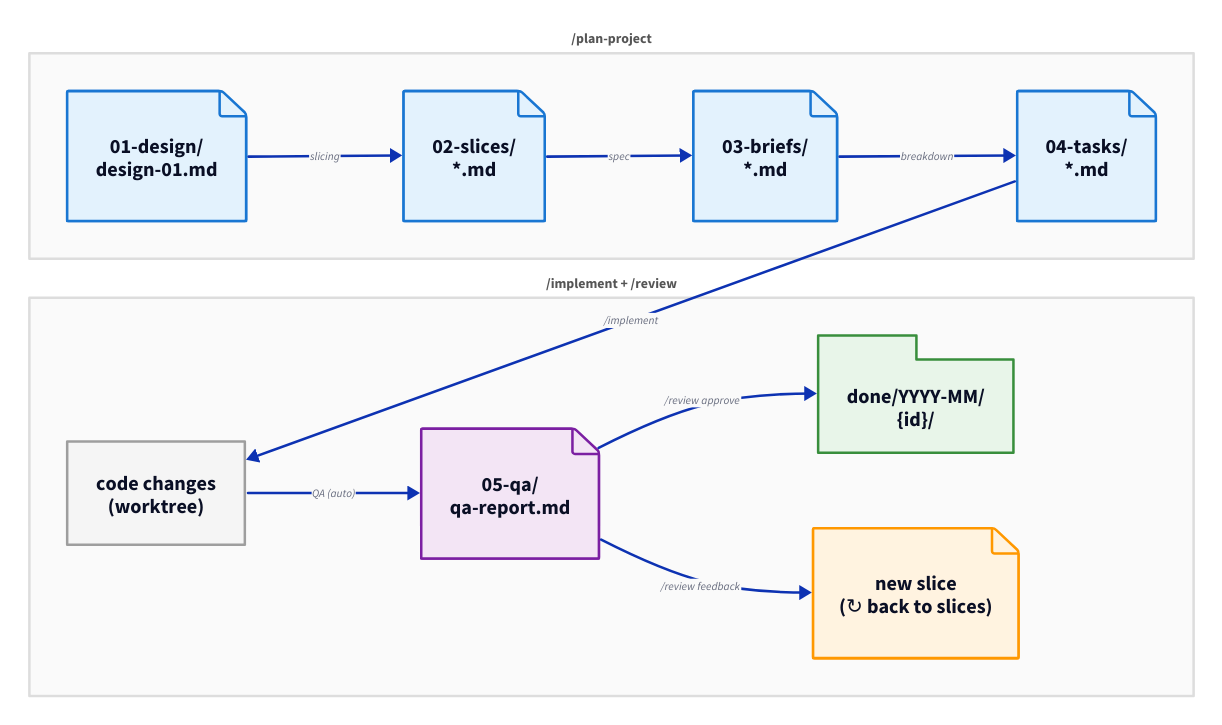
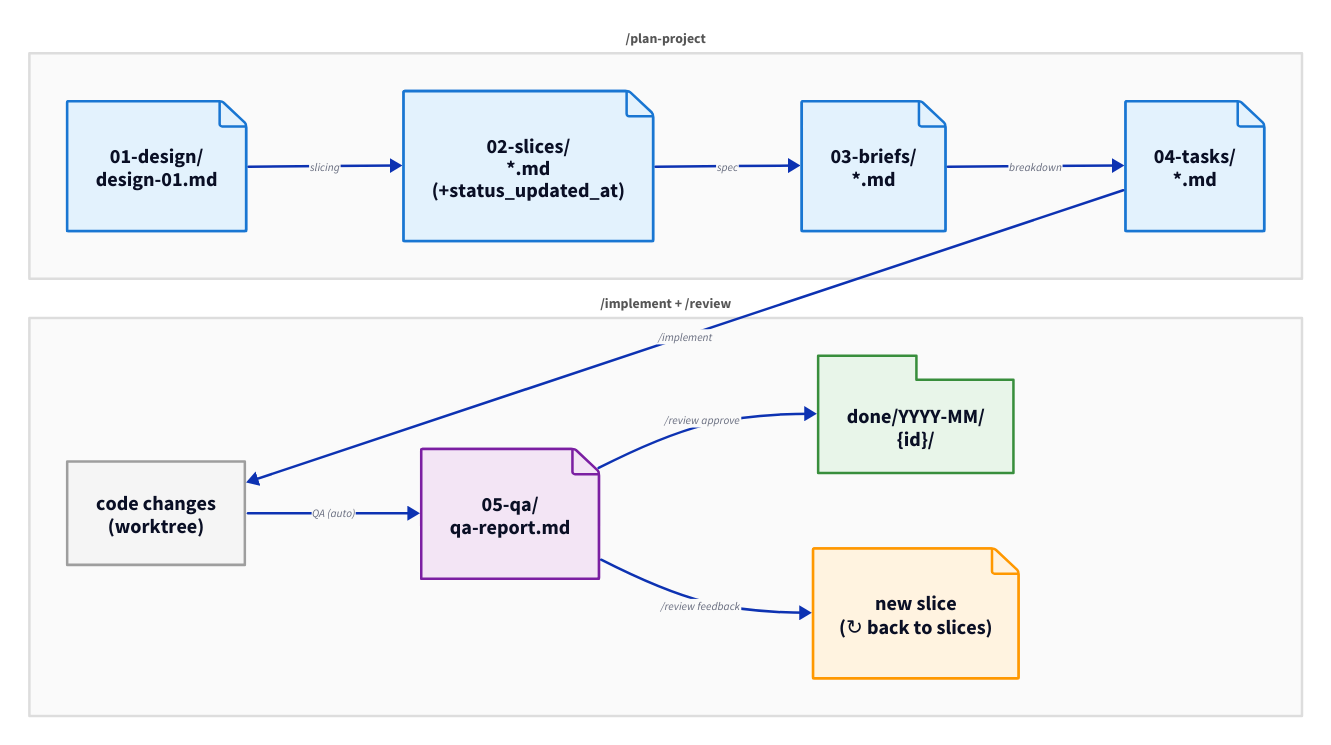
The diagram in docs/diagrams/artifacts.d2 (bcokert/command-init-orchestrator), drawn with D2 before and after one commit. The commit also changed 45 other files, not shown here.

Commit message:
Slices 01-04 complete — bcokert-00002-status-per-slice-view

```diff
--- a/docs/diagrams/artifacts.d2
+++ b/docs/diagrams/artifacts.d2
@@ -1,109 +1,109 @@
 vars: {
   d2-config: {
     layout-engine: dagre
     pad: 0
   }
   colors: {
     design: "#e3f2fd"
     design-border: "#1976D2"
     impl: "#f5f5f5"
     impl-border: "#9e9e9e"
     qa: "#f3e5f5"
     qa-border: "#7B1FA2"
     archive: "#e8f5e9"
     archive-border: "#388E3C"
     feedback: "#fff3e0"
     feedback-border: "#FF9800"
     lc: "#555555"
   }
 }
 
 grid: "" {
   grid-rows: 2
   grid-gap: 12
   style.stroke: transparent
   style.fill: transparent
 
   row1: /plan-project {
     direction: right
     style.fill: "#fafafa"
     style.stroke: "#dddddd"
     style.font-size: 11
     style.bold: true
     style.font-color: ${colors.lc}
 
     d_doc: "01-design/\ndesign-01.md" {
       shape: page
       style.fill: ${colors.design}
       style.stroke: ${colors.design-border}
     }
-    slices: "02-slices/\n*.md" {
+    slices: "02-slices/\n*.md\n(+status_updated_at)" {
       shape: page
       style.fill: ${colors.design}
       style.stroke: ${colors.design-border}
     }
     brief: "03-briefs/\n*.md" {
       shape: page
       style.fill: ${colors.design}
       style.stroke: ${colors.design-border}
     }
     tasks: "04-tasks/\n*.md" {
       shape: page
       style.fill: ${colors.design}
       style.stroke: ${colors.design-border}
     }
 
     d_doc -> slices: slicing {
       style.font-size: 9
     }
     slices -> brief: spec {
       style.font-size: 9
     }
     brief -> tasks: breakdown {
       style.font-size: 9
     }
   }
 
   row2: "/implement + /review" {
     direction: right
     style.fill: "#fafafa"
     style.stroke: "#dddddd"
     style.font-size: 11
     style.bold: true
     style.font-color: ${colors.lc}
 
     code: "code changes\n(worktree)" {
       style.fill: ${colors.impl}
       style.stroke: ${colors.impl-border}
     }
     qa_report: "05-qa/\nqa-report.md" {
       shape: page
       style.fill: ${colors.qa}
       style.stroke: ${colors.qa-border}
     }
     archive: "done/YYYY-MM/\n{id}/" {
       shape: package
       style.fill: ${colors.archive}
       style.stroke: ${colors.archive-border}
     }
     new_slice: "new slice\n(↻ back to slices)" {
       shape: page
       style.fill: ${colors.feedback}
       style.stroke: ${colors.feedback-border}
     }
 
     code -> qa_report: "QA (auto)" {
       style.font-size: 9
     }
     qa_report -> archive: "/review approve" {
       style.font-size: 9
     }
     qa_report -> new_slice: "/review feedback" {
       style.font-size: 9
     }
   }
 }
 
 grid.row1.tasks -> grid.row2.code: /implement {
   style.font-size: 9
 }
```
